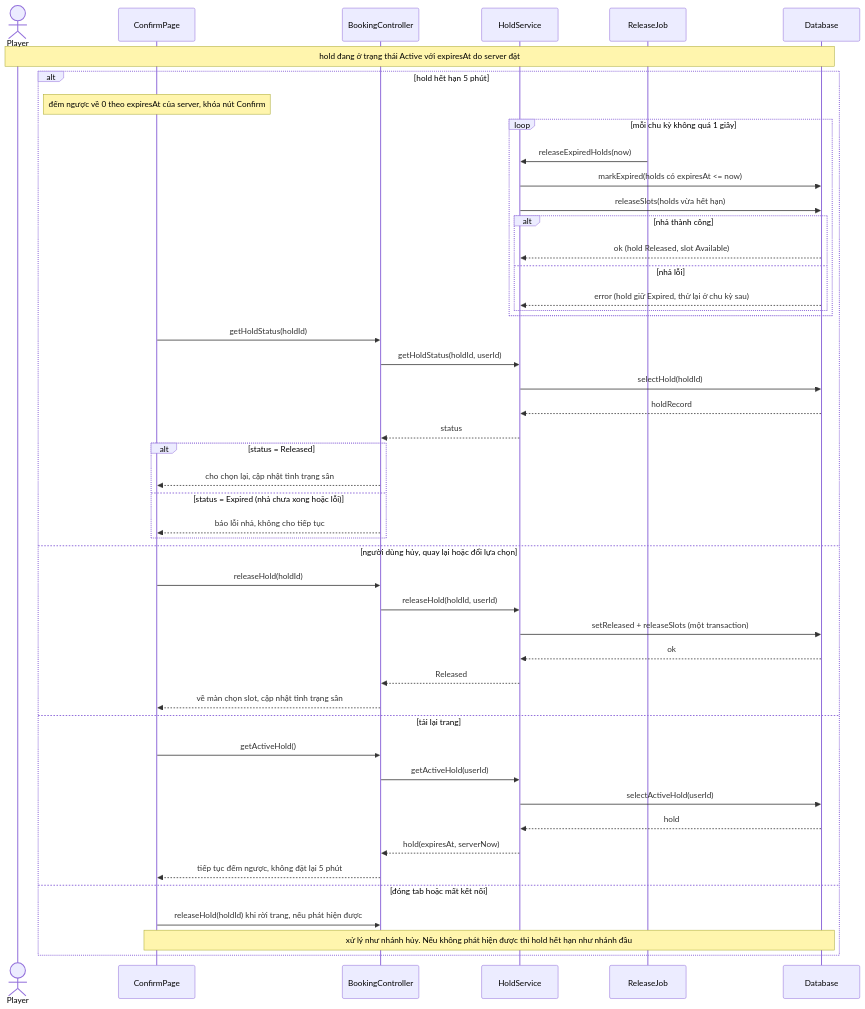
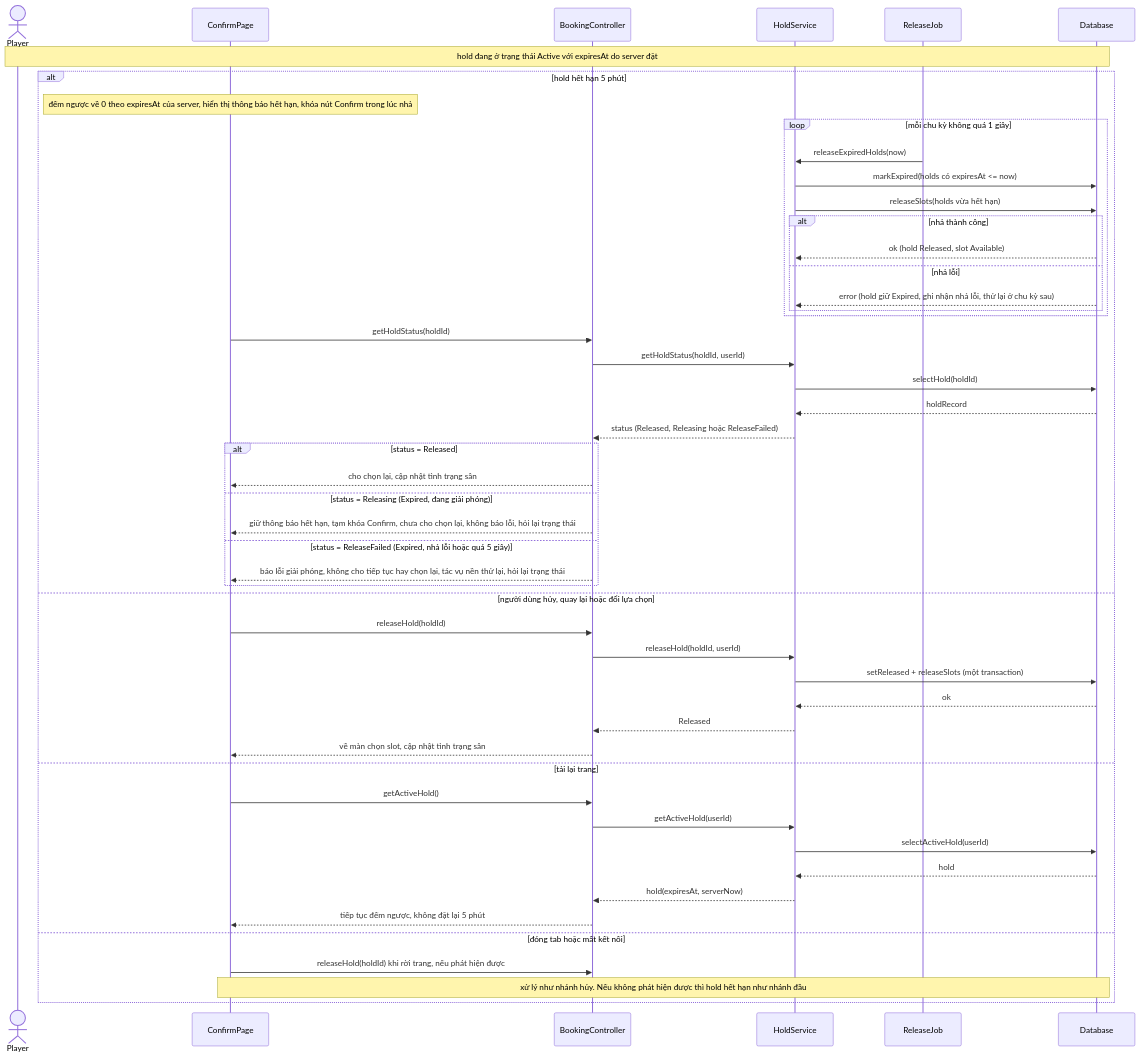
The third of 6 diagrams in docs/design/sequences/sequence-diagrams.md (buikhoa130406/se-project-t04), drawn with Mermaid before and after one commit. The commit also changed other lines of this file and 4 other files, not shown here.

````diff
--- a/docs/design/sequences/sequence-diagrams.md
+++ b/docs/design/sequences/sequence-diagrams.md
@@ -138,58 +142,60 @@
 ```mermaid
 sequenceDiagram
     actor Player
     participant ConfirmPage
     participant BookingController
     participant HoldService
     participant ReleaseJob
     participant Database
 
     Note over Player,Database: hold đang ở trạng thái Active với expiresAt do server đặt
 
     alt hold hết hạn 5 phút
-        Note over ConfirmPage: đếm ngược về 0 theo expiresAt của server, khóa nút Confirm
+        Note over ConfirmPage: đếm ngược về 0 theo expiresAt của server, hiển thị thông báo hết hạn, khóa nút Confirm trong lúc nhả
         loop mỗi chu kỳ không quá 1 giây
             ReleaseJob->>HoldService: releaseExpiredHolds(now)
             HoldService->>Database: markExpired(holds có expiresAt <= now)
             HoldService->>Database: releaseSlots(holds vừa hết hạn)
 
             alt nhả thành công
                 Database-->>HoldService: ok (hold Released, slot Available)
             else nhả lỗi
-                Database-->>HoldService: error (hold giữ Expired, thử lại ở chu kỳ sau)
+                Database-->>HoldService: error (hold giữ Expired, ghi nhận nhả lỗi, thử lại ở chu kỳ sau)
             end
         end
 
         ConfirmPage->>BookingController: getHoldStatus(holdId)
         BookingController->>HoldService: getHoldStatus(holdId, userId)
         HoldService->>Database: selectHold(holdId)
         Database-->>HoldService: holdRecord
-        HoldService-->>BookingController: status
+        HoldService-->>BookingController: status (Released, Releasing hoặc ReleaseFailed)
 
         alt status = Released
             BookingController-->>ConfirmPage: cho chọn lại, cập nhật tình trạng sân
-        else status = Expired (nhả chưa xong hoặc lỗi)
-            BookingController-->>ConfirmPage: báo lỗi nhả, không cho tiếp tục
+        else status = Releasing (Expired, đang giải phóng)
+            BookingController-->>ConfirmPage: giữ thông báo hết hạn, tạm khóa Confirm, chưa cho chọn lại, không báo lỗi, hỏi lại trạng thái
+        else status = ReleaseFailed (Expired, nhả lỗi hoặc quá 5 giây)
+            BookingController-->>ConfirmPage: báo lỗi giải phóng, không cho tiếp tục hay chọn lại, tác vụ nền thử lại, hỏi lại trạng thái
         end
 
     else người dùng hủy, quay lại hoặc đổi lựa chọn
         ConfirmPage->>BookingController: releaseHold(holdId)
         BookingController->>HoldService: releaseHold(holdId, userId)
         HoldService->>Database: setReleased + releaseSlots (một transaction)
         Database-->>HoldService: ok
         HoldService-->>BookingController: Released
         BookingController-->>ConfirmPage: về màn chọn slot, cập nhật tình trạng sân
 
     else tải lại trang
         ConfirmPage->>BookingController: getActiveHold()
         BookingController->>HoldService: getActiveHold(userId)
         HoldService->>Database: selectActiveHold(userId)
         Database-->>HoldService: hold
         HoldService-->>BookingController: hold(expiresAt, serverNow)
         BookingController-->>ConfirmPage: tiếp tục đếm ngược, không đặt lại 5 phút
 
     else đóng tab hoặc mất kết nối
         ConfirmPage->>BookingController: releaseHold(holdId) khi rời trang, nếu phát hiện được
         Note over ConfirmPage,Database: xử lý như nhánh hủy. Nếu không phát hiện được thì hold hết hạn như nhánh đầu
     end
 ```
````
